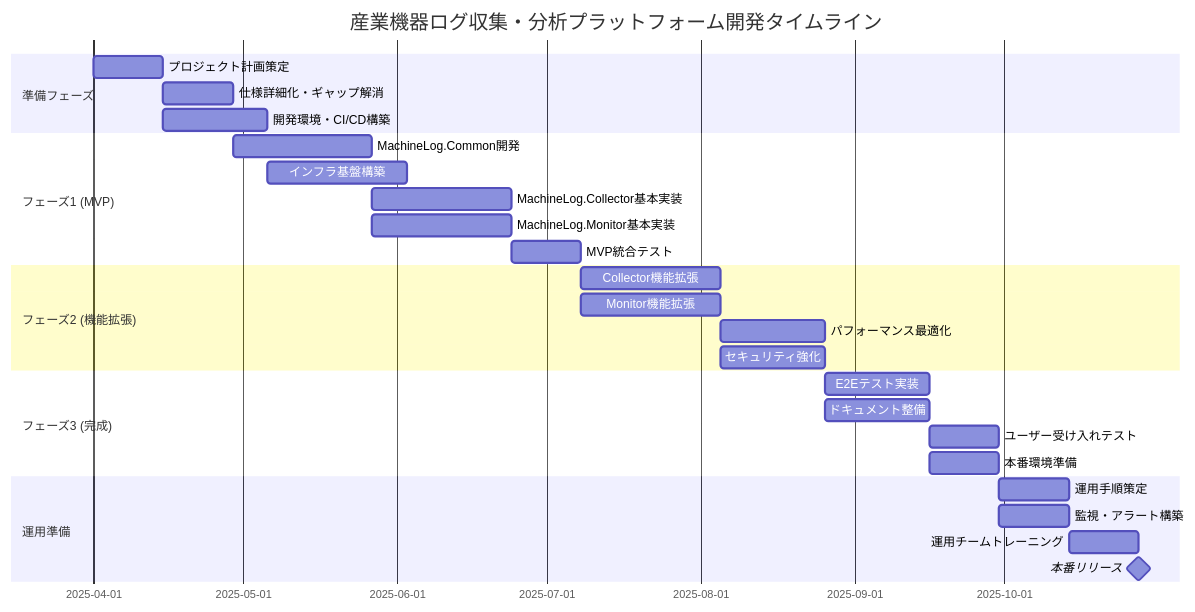
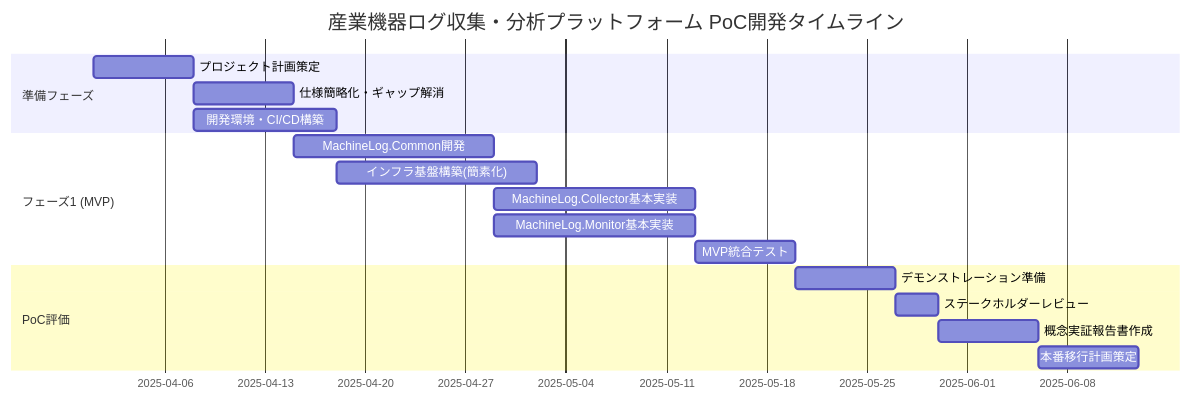
One commit to hydrangeas/iothub-demo2 changed the first of 2 diagrams in .clinerules/産業機器ログ分析システム_実装計画.md. Above: the diagram before and after it, drawn with Mermaid. The commit also changed other lines of this file and 43 other files, not shown here.

````diff
--- a/.clinerules/産業機器ログ分析システム_実装計画.md
+++ b/.clinerules/産業機器ログ分析システム_実装計画.md
@@ -24,35 +24,23 @@
 ```mermaid
 gantt
-    title 産業機器ログ収集・分析プラットフォーム開発タイムライン
+    title 産業機器ログ収集・分析プラットフォーム PoC開発タイムライン
     dateFormat  YYYY-MM-DD
     
     section 準備フェーズ
-    プロジェクト計画策定        :a1, 2025-04-01, 14d
-    仕様詳細化・ギャップ解消    :a2, after a1, 14d
-    開発環境・CI/CD構築        :a3, after a1, 21d
+    プロジェクト計画策定        :a1, 2025-04-01, 7d
+    仕様簡略化・ギャップ解消    :a2, after a1, 7d
+    開発環境・CI/CD構築        :a3, after a1, 10d
     
     section フェーズ1 (MVP)
-    MachineLog.Common開発     :b1, after a2, 28d
-    インフラ基盤構築          :b2, after a3, 28d
-    MachineLog.Collector基本実装 :b3, after b1, 28d
-    MachineLog.Monitor基本実装  :b4, after b1, 28d
-    MVP統合テスト            :b5, after b3, 14d
+    MachineLog.Common開発     :b1, after a2, 14d
+    インフラ基盤構築(簡素化)    :b2, after a3, 14d
+    MachineLog.Collector基本実装 :b3, after b1, 14d
+    MachineLog.Monitor基本実装  :b4, after b1, 14d
+    MVP統合テスト            :b5, after b3, 7d
     
-    section フェーズ2 (機能拡張)
-    Collector機能拡張         :c1, after b5, 28d
-    Monitor機能拡張          :c2, after b5, 28d
-    パフォーマンス最適化      :c3, after c1, 21d
-    セキュリティ強化          :c4, after c1, 21d
-    
-    section フェーズ3 (完成)
-    E2Eテスト実装            :d1, after c3, 21d
-    ドキュメント整備         :d2, after c4, 21d
-    ユーザー受け入れテスト    :d3, after d1, 14d
-    本番環境準備             :d4, after d2, 14d
-    
-    section 運用準備
-    運用手順策定             :e1, after d3, 14d
-    監視・アラート構築       :e2, after d4, 14d
-    運用チームトレーニング    :e3, after e1, 14d
-    本番リリース             :milestone, after e3, 0d
+    section PoC評価
+    デモンストレーション準備   :c1, after b5, 7d
+    ステークホルダーレビュー   :c2, after c1, 3d
+    概念実証報告書作成        :c3, after c2, 7d
+    本番移行計画策定         :c4, after c3, 7d
 ```
````
